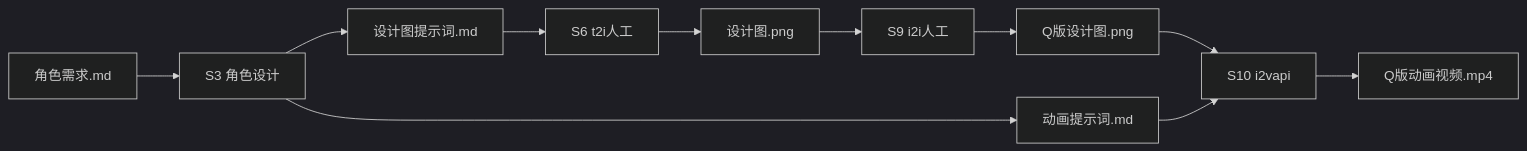
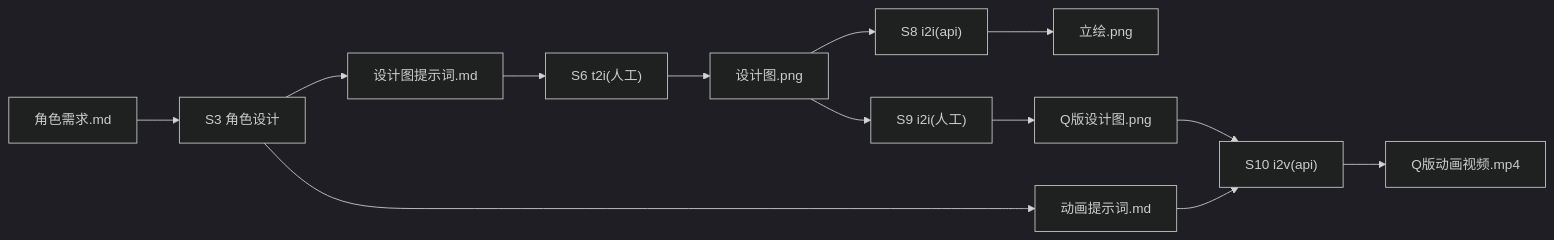
Before and after one commit to CrazyJinn/AllCopper: the diagram in .claude/skills/角色设计/SKILL.md, drawn with Mermaid (dark theme). The commit also changed other lines of this file and 20 other files, not shown here.

````diff
--- a/.claude/skills/角色设计/SKILL.md
+++ b/.claude/skills/角色设计/SKILL.md
@@ -12,13 +12,15 @@
 ```mermaid
 flowchart LR
     A[角色需求.md] --> B[S3 角色设计]
     B --> C[设计图提示词.md]
-    C --> D[S6 t2i人工]
+    C --> D["S6 t2i(人工)"]
     D --> E[设计图.png]
-    E --> F[S9 i2i人工]
-    F --> G[Q版设计图.png]
-    G --> H[S10 i2vapi]
-    B --> I[动画提示词.md]
-    I --> H
-    H --> J[Q版动画视频.mp4]
+    E --> F["S8 i2i(api)"]
+    F --> F1[立绘.png]
+    E --> G["S9 i2i(人工)"]
+    G --> H[Q版设计图.png]
+    H --> I["S10 i2v(api)"]
+    B --> J[动画提示词.md]
+    J --> I
+    I --> K[Q版动画视频.mp4]
 ```
````
